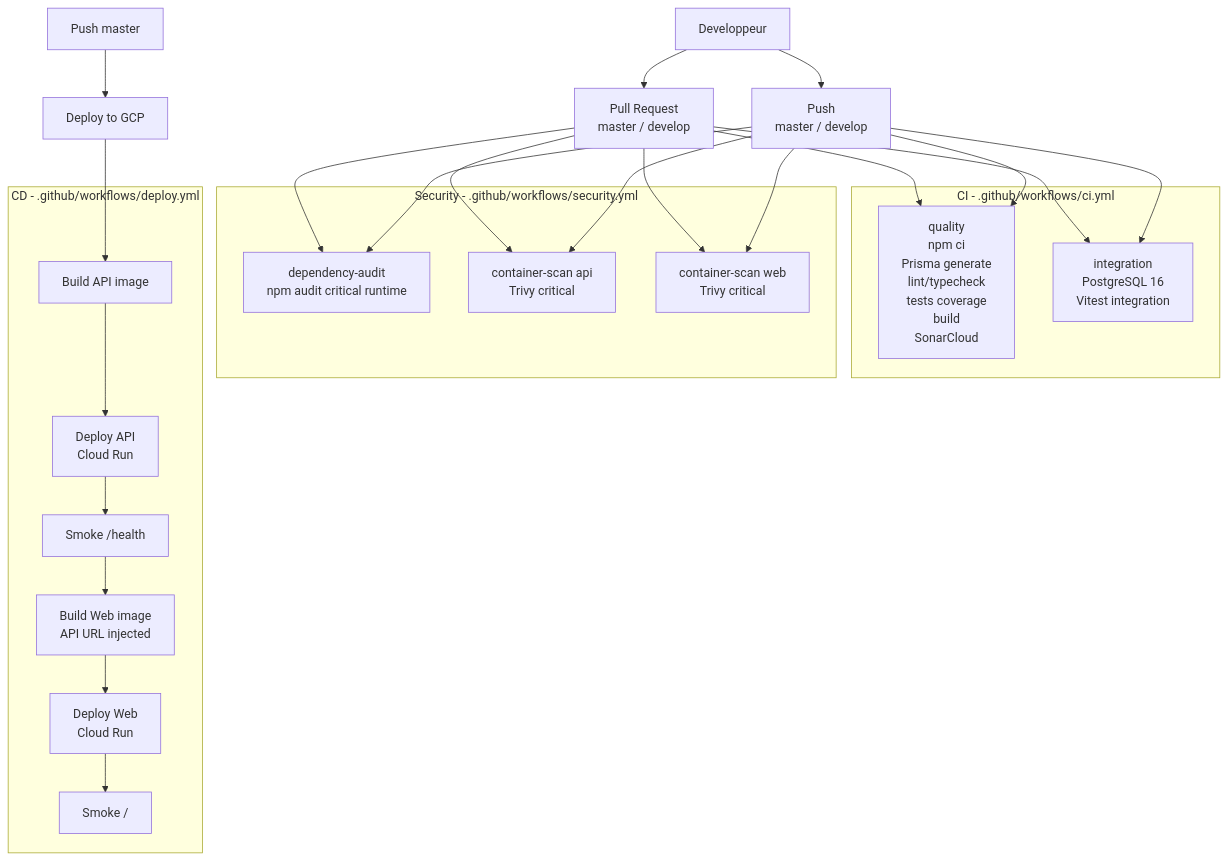
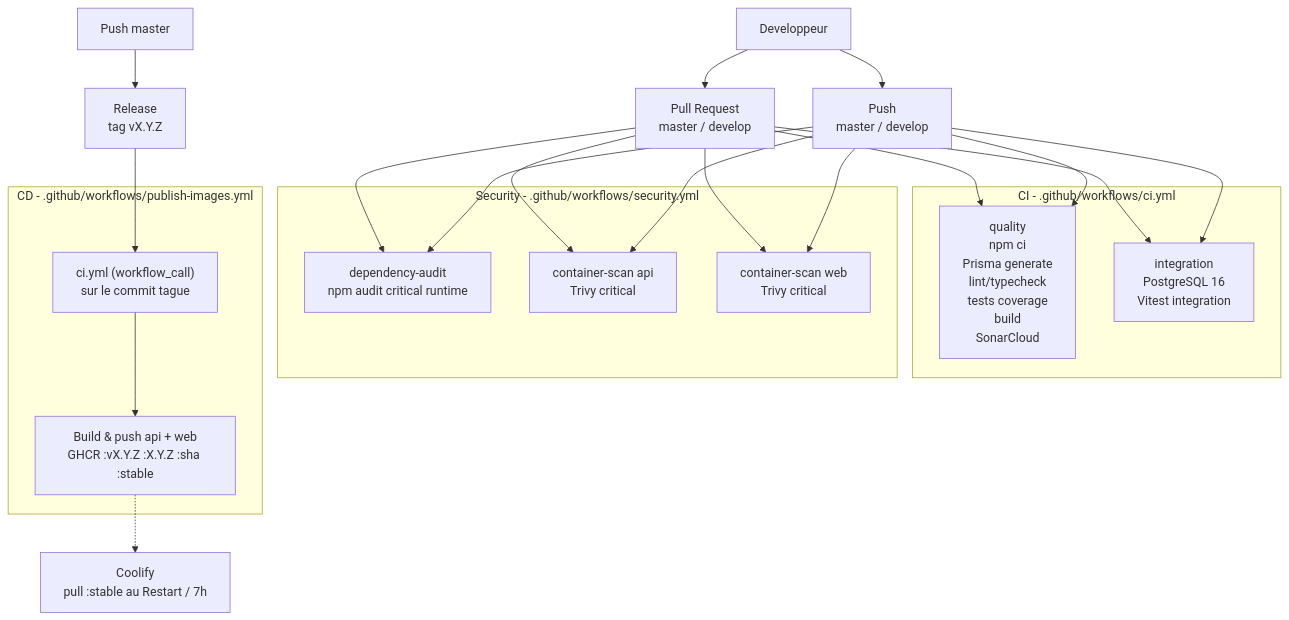
One commit to PIVOT-PLATFORM/PouetPouet changed the diagram in docs/ci-cd.md. Above: the diagram before and after it, drawn with Mermaid. The commit also changed other lines of this file and 9 other files, not shown here.

First line of the commit message:
ci: publie les images de prod sur GHCR à chaque release (#372)

````diff
--- a/docs/ci-cd.md
+++ b/docs/ci-cd.md
@@ -7,38 +7,35 @@
 ```mermaid
 graph TB
     DEV["Developpeur"] --> PR["Pull Request<br>master / develop"]
     DEV --> PUSH["Push<br>master / develop"]
-    PUSH_MASTER["Push master"] --> DEPLOY["Deploy to GCP"]
+    PUSH_MASTER["Push master"] --> RELEASE["Release<br>tag vX.Y.Z"]
 
     subgraph "CI - .github/workflows/ci.yml"
         QUALITY["quality<br>npm ci<br>Prisma generate<br>lint/typecheck<br>tests coverage<br>build<br>SonarCloud"]
         INTEGRATION["integration<br>PostgreSQL 16<br>Vitest integration"]
     end
 
     subgraph "Security - .github/workflows/security.yml"
         AUDIT["dependency-audit<br>npm audit critical runtime"]
         TRIVY_API["container-scan api<br>Trivy critical"]
         TRIVY_WEB["container-scan web<br>Trivy critical"]
     end
 
-    subgraph "CD - .github/workflows/deploy.yml"
-        API_BUILD["Build API image"]
-        API_DEPLOY["Deploy API<br>Cloud Run"]
-        API_SMOKE["Smoke /health"]
-        WEB_BUILD["Build Web image<br>API URL injected"]
-        WEB_DEPLOY["Deploy Web<br>Cloud Run"]
-        WEB_SMOKE["Smoke /"]
+    subgraph "CD - .github/workflows/publish-images.yml"
+        PUB_CI["ci.yml (workflow_call)<br>sur le commit tague"]
+        PUB_BUILD["Build & push api + web<br>GHCR :vX.Y.Z :X.Y.Z :sha :stable"]
     end
+    COOLIFY["Coolify<br>pull :stable au Restart / 7h"]
 
     PR --> QUALITY
     PR --> INTEGRATION
     PR --> AUDIT
     PR --> TRIVY_API
     PR --> TRIVY_WEB
     PUSH --> QUALITY
     PUSH --> INTEGRATION
     PUSH --> AUDIT
     PUSH --> TRIVY_API
     PUSH --> TRIVY_WEB
-    DEPLOY --> API_BUILD --> API_DEPLOY --> API_SMOKE --> WEB_BUILD --> WEB_DEPLOY --> WEB_SMOKE
+    RELEASE --> PUB_CI --> PUB_BUILD -.-> COOLIFY
 ```
````
